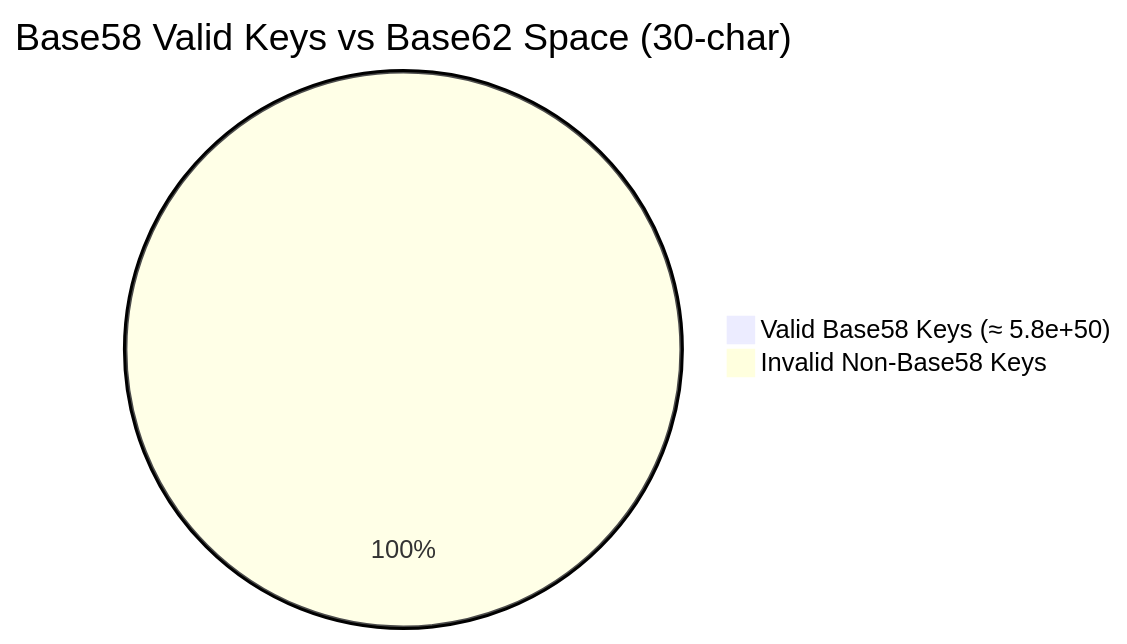
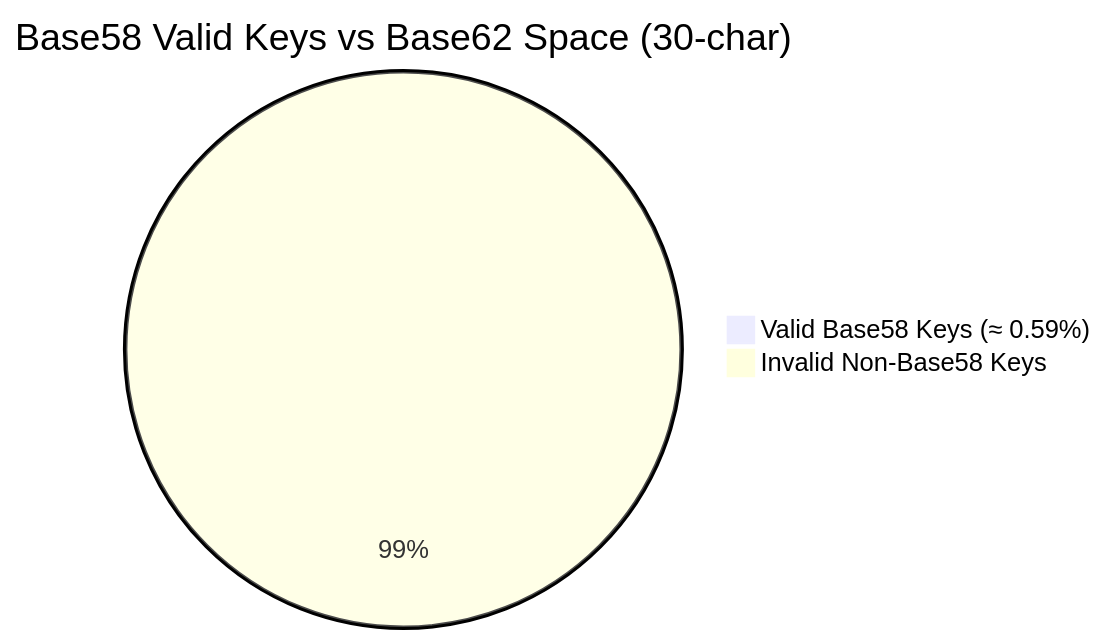
The fourth of 4 diagrams in README.md (Shubsaini08/casamylove), drawn with Mermaid before and after one commit. The commit also changed other lines of this file, not shown here.

````diff
--- a/README.md
+++ b/README.md
@@ -1730,6 +1728,6 @@
 ```mermaid
 pie
     title Base58 Valid Keys vs Base62 Space (30-char)
-    "Valid Base58 Keys (≈ 5.8e+50)": 58
-    "Invalid Non-Base58 Keys": 979999942
+    "Valid Base58 Keys (≈ 0.59%)": 0.59
+    "Invalid Non-Base58 Keys": 99.41
 ```
````
